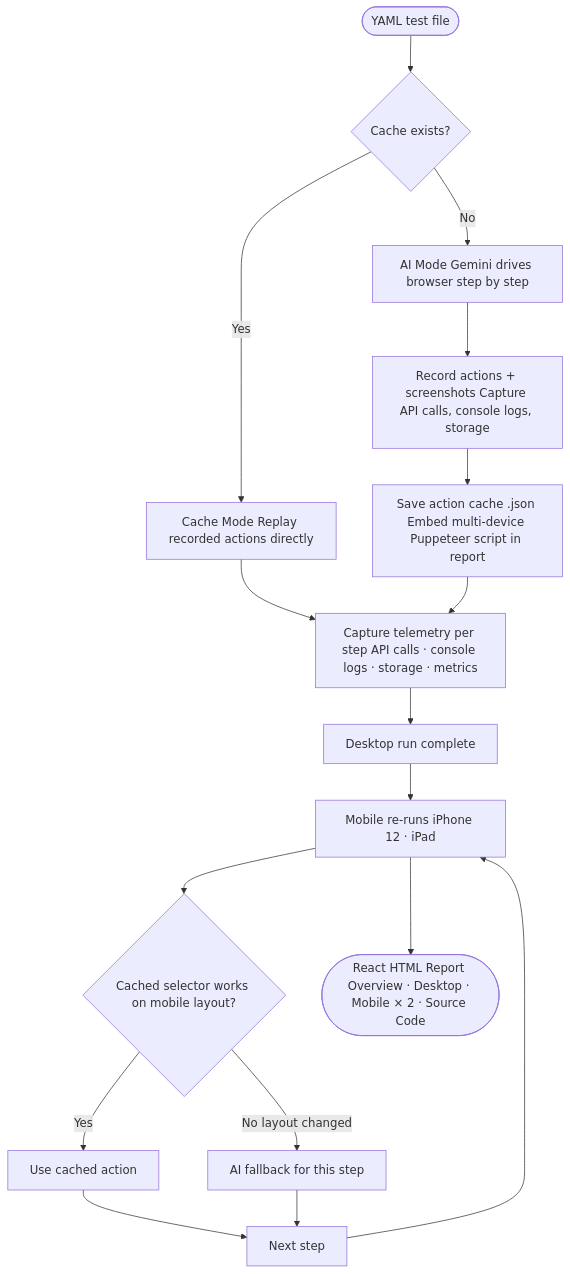
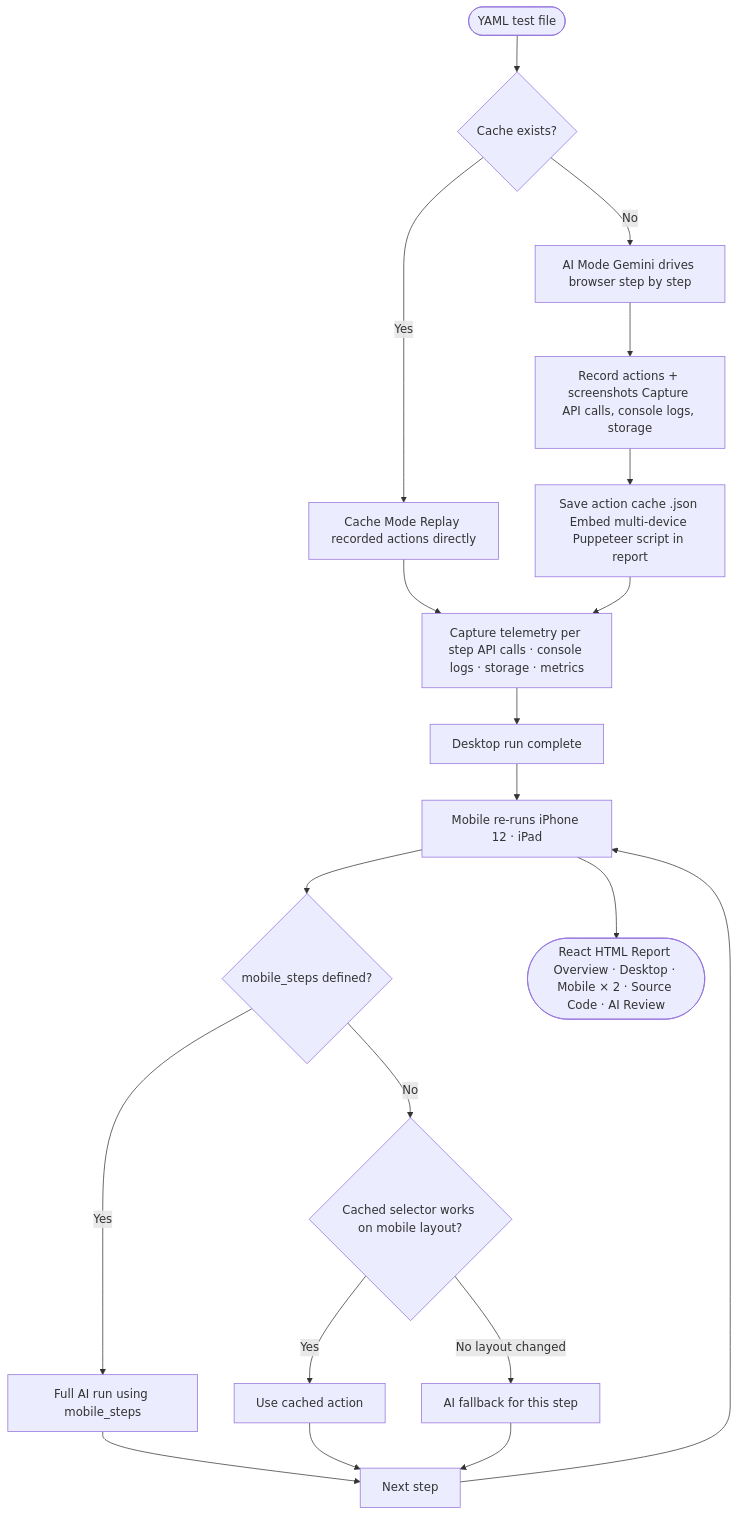
Before and after one commit to Adhishtanaka/QAA: the diagram in README.md, drawn with Mermaid. The commit also changed other lines of this file, not shown here.

````diff
--- a/README.md
+++ b/README.md
@@ -9,24 +9,27 @@
 ```mermaid
 flowchart TD
     A([YAML test file]) --> B{Cache exists?}
 
     B -- No --> C[AI Mode Gemini drives browser step by step]
     C --> D[Record actions + screenshots Capture API calls, console logs, storage]
     D --> E[Save action cache .json Embed multi-device Puppeteer script in report]
 
     B -- Yes --> F[Cache Mode Replay recorded actions directly]
     F --> G[Capture telemetry per step API calls · console logs · storage · metrics]
 
     E --> G
     G --> H[Desktop run complete]
 
     H --> I[Mobile re-runs iPhone 12 · iPad]
-    I --> J{Cached selector works on mobile layout?}
-    J -- Yes --> K[Use cached action]
-    J -- No layout changed --> L[AI fallback for this step]
-    K --> M[Next step]
-    L --> M
-    M --> I
+    I --> J{mobile_steps defined?}
+    J -- Yes --> K[Full AI run using mobile_steps]
+    J -- No --> L{Cached selector works on mobile layout?}
+    L -- Yes --> M[Use cached action]
+    L -- No layout changed --> N[AI fallback for this step]
+    K --> O[Next step]
+    M --> O
+    N --> O
+    O --> I
 
-    I --> N([React HTML Report Overview · Desktop · Mobile × 2 · Source Code])
+    I --> P([React HTML Report Overview · Desktop · Mobile × 2 · Source Code · AI Review])
 ```
````
